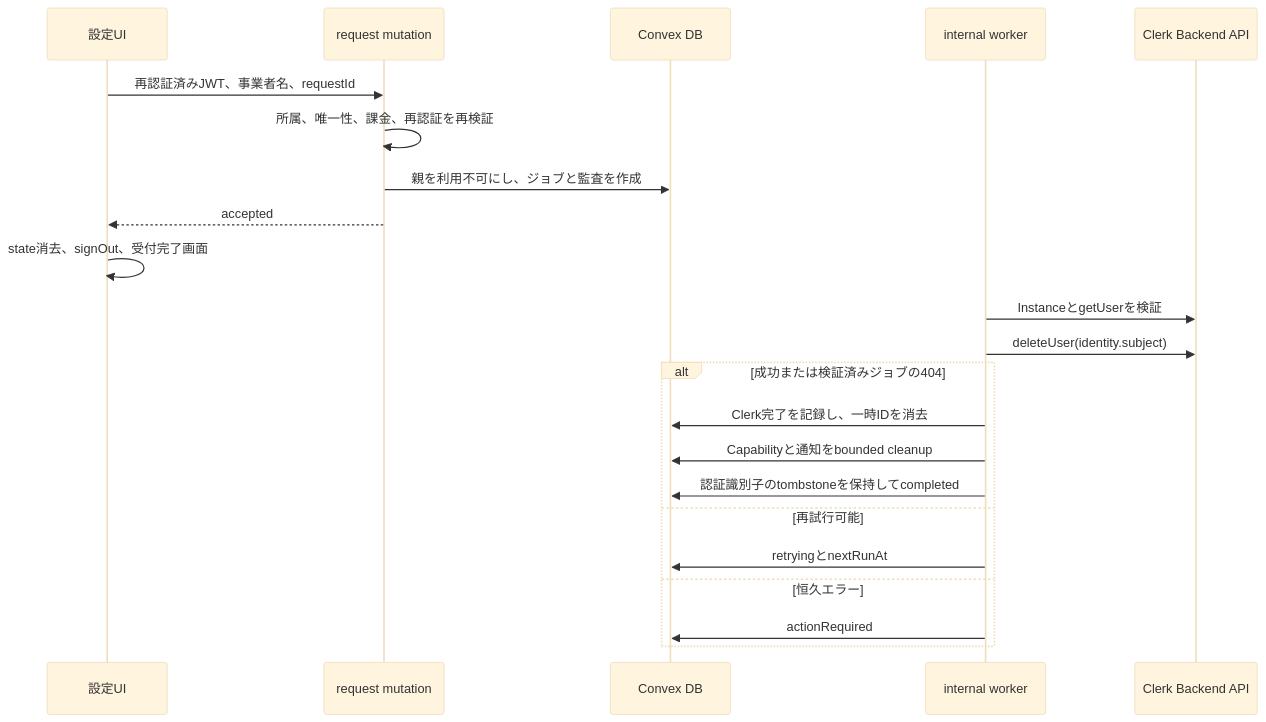
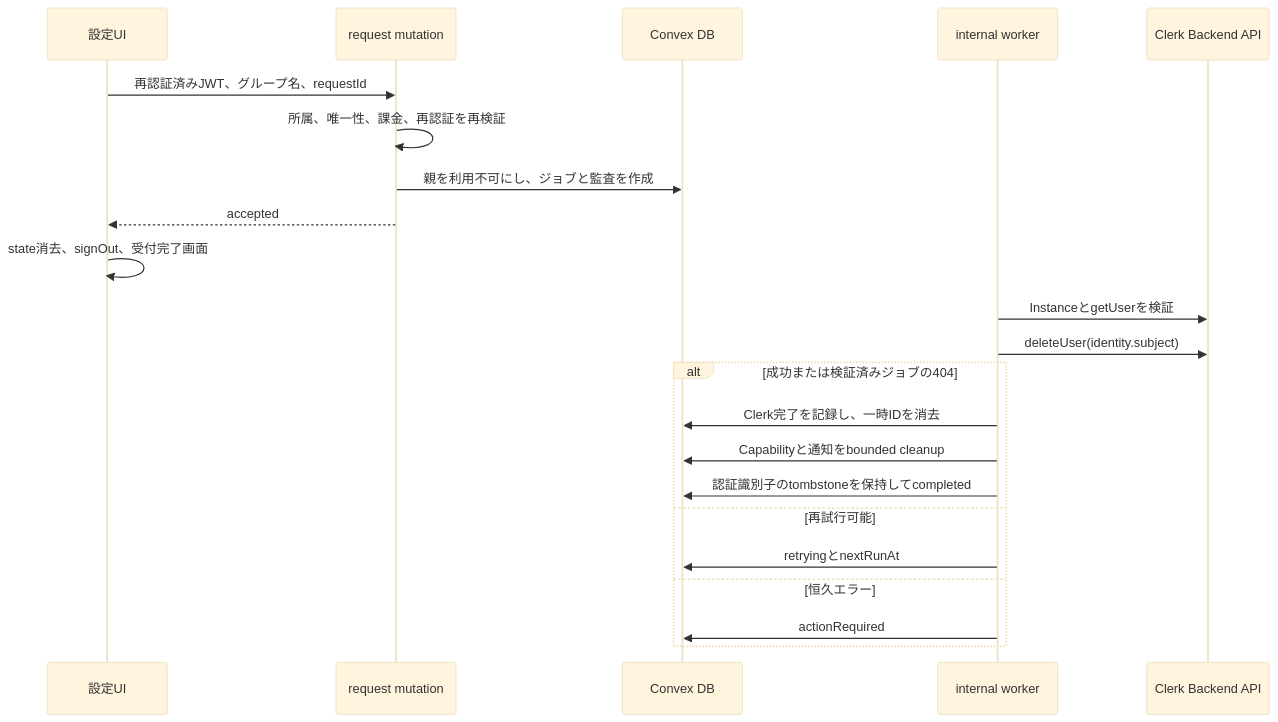
Before and after one commit to yn1323/yps-crispy-carnival: the diagram in doc/plans/2026-07-16_店舗とアカウント削除_実装計画.md, drawn with Mermaid (base theme). The commit also changed other lines of this file and 11 other files, not shown here.

````diff
--- a/doc/plans/2026-07-16_店舗とアカウント削除_実装計画.md
+++ b/doc/plans/2026-07-16_店舗とアカウント削除_実装計画.md
@@ -354,25 +354,25 @@
 ```mermaid
 sequenceDiagram
     participant UI as 設定UI
     participant M as request mutation
     participant DB as Convex DB
     participant W as internal worker
     participant C as Clerk Backend API
 
-    UI->>M: 再認証済みJWT、事業者名、requestId
+    UI->>M: 再認証済みJWT、グループ名、requestId
     M->>M: 所属、唯一性、課金、再認証を再検証
     M->>DB: 親を利用不可にし、ジョブと監査を作成
     M-->>UI: accepted
     UI->>UI: state消去、signOut、受付完了画面
     W->>C: InstanceとgetUserを検証
     W->>C: deleteUser(identity.subject)
     alt 成功または検証済みジョブの404
         W->>DB: Clerk完了を記録し、一時IDを消去
         W->>DB: Capabilityと通知をbounded cleanup
         W->>DB: 認証識別子のtombstoneを保持してcompleted
     else 再試行可能
         W->>DB: retryingとnextRunAt
     else 恒久エラー
         W->>DB: actionRequired
     end
 ```
````
